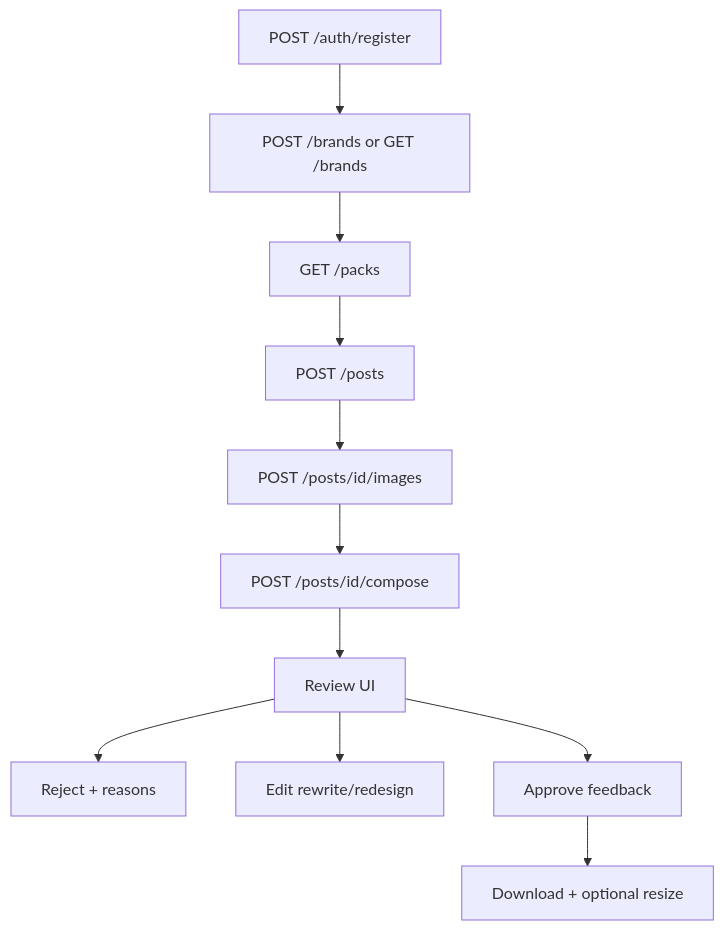
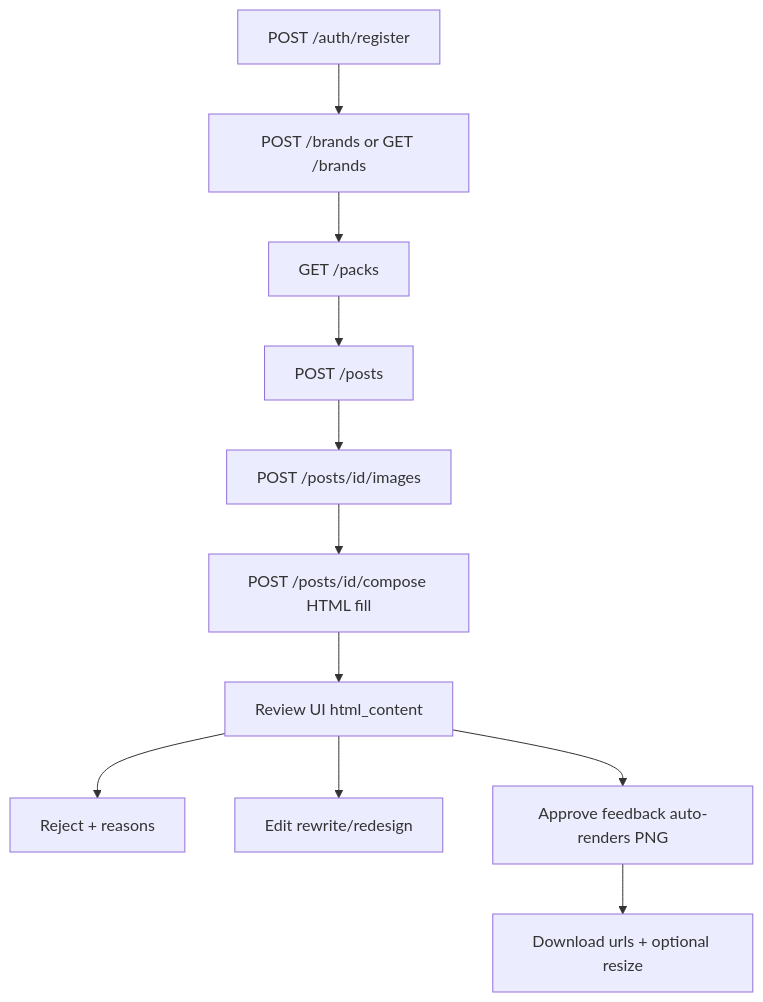
Before and after one commit to August-Deep-Tech/postner-be: the diagram in docs/FRONTEND_ONBOARDING.md, drawn with Mermaid. The commit also changed other lines of this file and 7 other files, not shown here.

First line of the commit message:
Split compose into HTML preview and deferred PNG render.

````diff
--- a/docs/FRONTEND_ONBOARDING.md
+++ b/docs/FRONTEND_ONBOARDING.md
@@ -35,18 +35,18 @@
 ```mermaid
 flowchart TD
   register[POST /auth/register]
   brand[POST /brands or GET /brands]
   packs[GET /packs]
   draft[POST /posts]
   images[POST /posts/id/images]
-  compose[POST /posts/id/compose]
-  review[Review UI]
+  compose[POST /posts/id/compose HTML fill]
+  review[Review UI html_content]
   reject[Reject + reasons]
   edit[Edit rewrite/redesign]
-  approve[Approve feedback]
-  download[Download + optional resize]
+  approve[Approve feedback auto-renders PNG]
+  download[Download urls + optional resize]
   register --> brand --> packs --> draft --> images --> compose --> review
   review --> reject
   review --> edit
   review --> approve --> download
 ```
````
